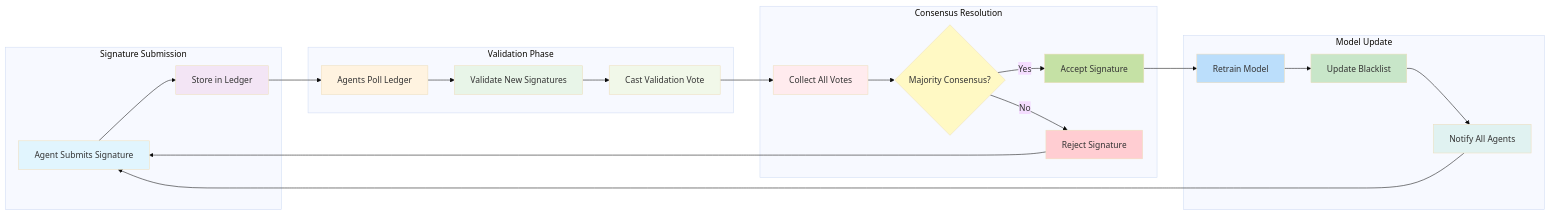
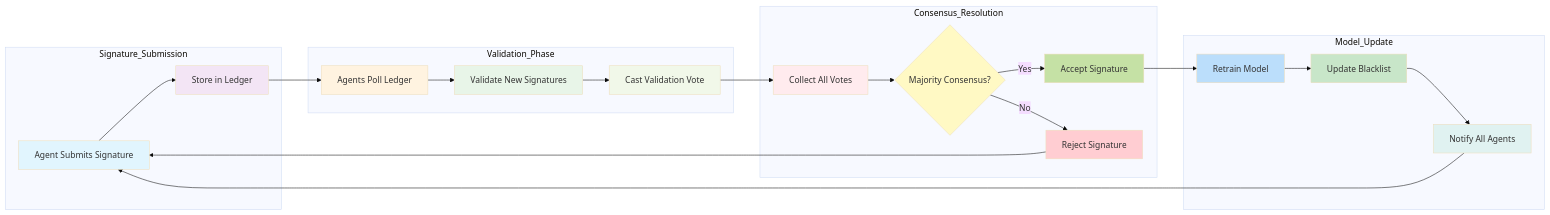
One commit to tanm-sys/build changed the fourth of 9 diagrams in design.md. Above: the diagram before and after it, drawn with Mermaid (base theme). The commit also changed other lines of this file and 5 other files, not shown here.

Commit message:
Fix Mermaid diagram parse errors in Markdown files (resolve LINK token issues on line 29 and others)

````diff
--- a/design.md
+++ b/design.md
@@ -247,53 +247,53 @@
 ```mermaid
 flowchart LR
-    subgraph "Signature Submission"
+    subgraph "Signature_Submission"
         SUBMIT[Agent Submits Signature]
         STORE[Store in Ledger]
     end
     
-    subgraph "Validation Phase"
+    subgraph "Validation_Phase"
         POLL[Agents Poll Ledger]
         VALIDATE[Validate New Signatures]
         VOTE[Cast Validation Vote]
     end
     
-    subgraph "Consensus Resolution"
+    subgraph "Consensus_Resolution"
         COLLECT[Collect All Votes]
         THRESHOLD{Majority Consensus?}
         ACCEPT[Accept Signature]
         REJECT[Reject Signature]
     end
     
-    subgraph "Model Update"
+    subgraph "Model_Update"
         TRAIN[Retrain Model]
         BLACKLIST[Update Blacklist]
         NOTIFY[Notify All Agents]
     end
     
     SUBMIT --> STORE
     STORE --> POLL
     POLL --> VALIDATE
     VALIDATE --> VOTE
     VOTE --> COLLECT
     COLLECT --> THRESHOLD
     THRESHOLD -- Yes --> ACCEPT
     THRESHOLD -- No --> REJECT
     ACCEPT --> TRAIN
     TRAIN --> BLACKLIST
     BLACKLIST --> NOTIFY
     NOTIFY --> SUBMIT
     REJECT --> SUBMIT
     
     style SUBMIT fill:#e1f5fe
     style STORE fill:#f3e5f5
     style POLL fill:#fff3e0
     style VALIDATE fill:#e8f5e8
     style VOTE fill:#f1f8e9
     style COLLECT fill:#ffebee
     style THRESHOLD fill:#fff9c4
     style ACCEPT fill:#c5e1a5
     style REJECT fill:#ffcdd2
     style TRAIN fill:#bbdefb
     style BLACKLIST fill:#c8e6c9
     style NOTIFY fill:#e0f2f1
 ```
````
